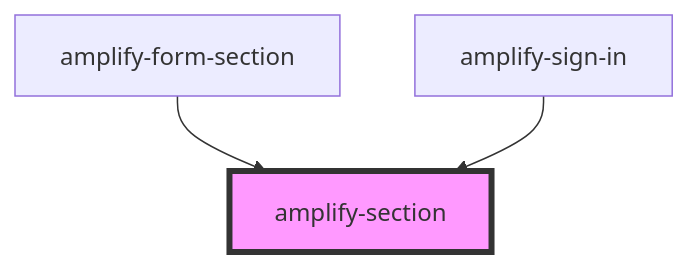
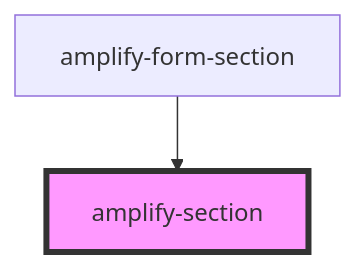
Before and after one commit to OneDev0411/amplify-js: the diagram in packages/amplify-ui-components/src/components/amplify-section/readme.md, drawn with Mermaid. The commit also changed other lines of this file and 81 other files, not shown here.

````diff
--- a/packages/amplify-ui-components/src/components/amplify-section/readme.md
+++ b/packages/amplify-ui-components/src/components/amplify-section/readme.md
@@ -24,6 +23,5 @@
 ```mermaid
 graph TD;
   amplify-form-section --> amplify-section
-  amplify-sign-in --> amplify-section
   style amplify-section fill:#f9f,stroke:#333,stroke-width:4px
 ```
````
